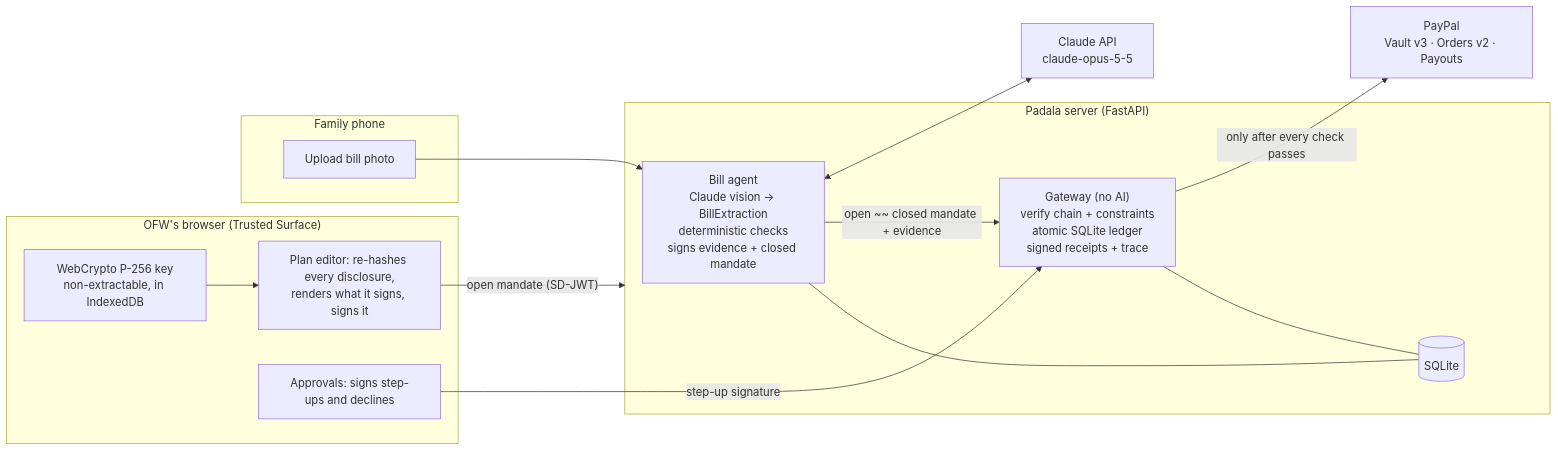
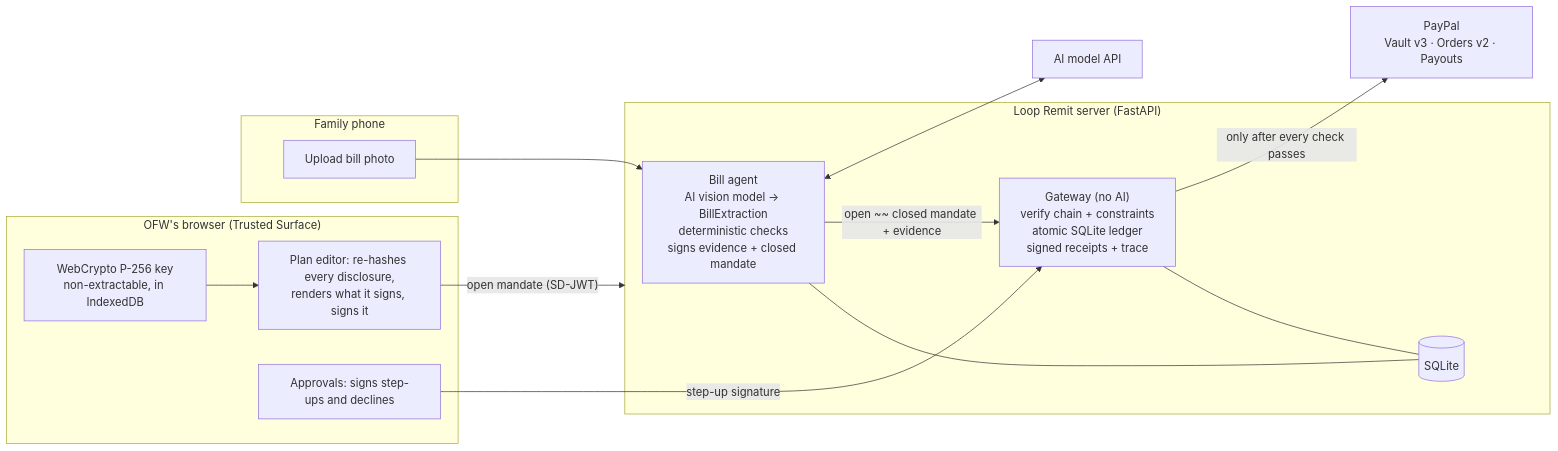
The diagram in README.md (andrewnyu/saferemit), drawn with Mermaid before and after one commit. The commit also changed other lines of this file and 102 other files, not shown here.

````diff
--- a/README.md
+++ b/README.md
@@ -19,26 +19,26 @@
 ```mermaid
 flowchart LR
   subgraph OFW["OFW's browser (Trusted Surface)"]
     K["WebCrypto P-256 key<br/>non-extractable, in IndexedDB"]
     P["Plan editor: re-hashes every disclosure,<br/>renders what it signs, signs it"]
     A["Approvals: signs step-ups and declines"]
   end
   subgraph FAM["Family phone"]
     U["Upload bill photo"]
   end
-  subgraph SRV["Padala server (FastAPI)"]
-    AG["Bill agent<br/>Claude vision -> BillExtraction<br/>deterministic checks<br/>signs evidence + closed mandate"]
+  subgraph SRV["Loop Remit server (FastAPI)"]
+    AG["Bill agent<br/>AI vision model -> BillExtraction<br/>deterministic checks<br/>signs evidence + closed mandate"]
     GW["Gateway (no AI)<br/>verify chain + constraints<br/>atomic SQLite ledger<br/>signed receipts + trace"]
     DB[("SQLite")]
   end
   PP["PayPal<br/>Vault v3 · Orders v2 · Payouts"]
-  CL["Claude API<br/>claude-opus-5-5"]
+  CL["AI model API"]
   K --> P -- "open mandate (SD-JWT)" --> SRV
   U --> AG
   AG <--> CL
   AG -- "open ~~ closed mandate + evidence" --> GW
   A -- "step-up signature" --> GW
   GW -- "only after every check passes" --> PP
   GW --- DB
   AG --- DB
 ```
````
